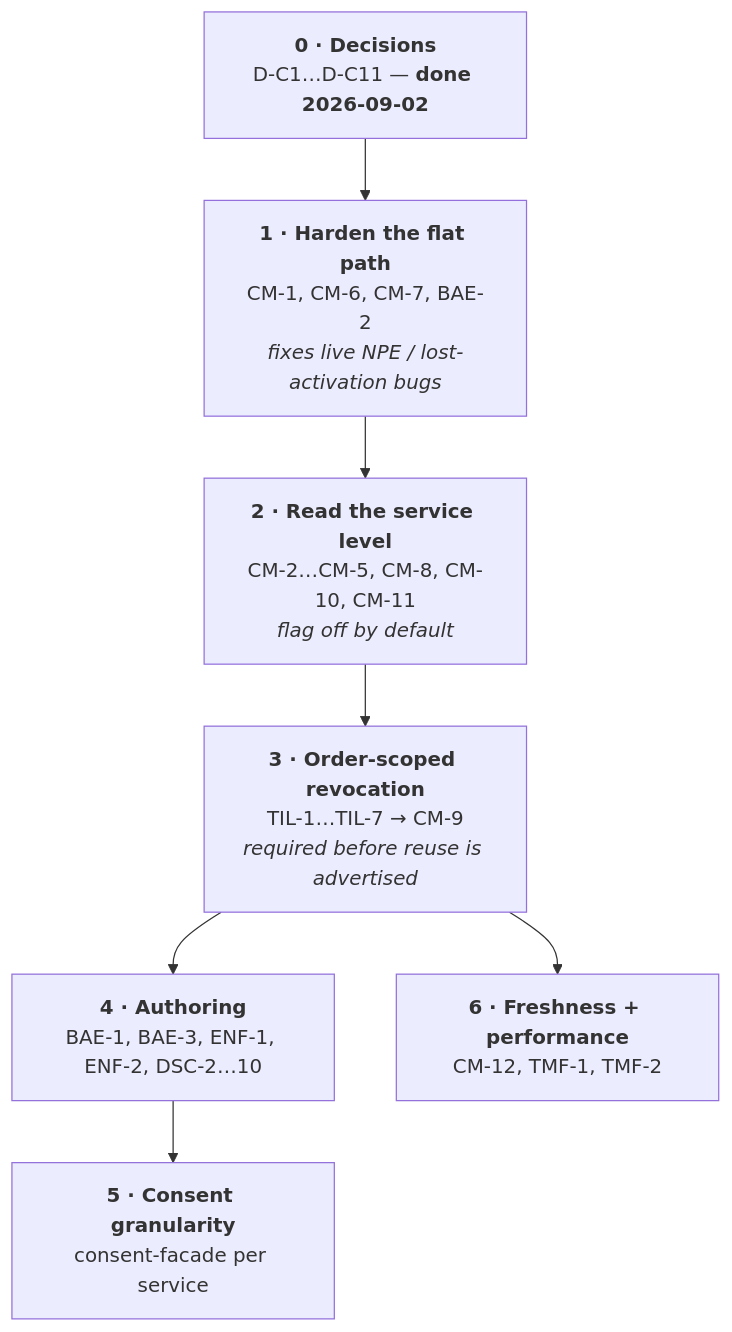
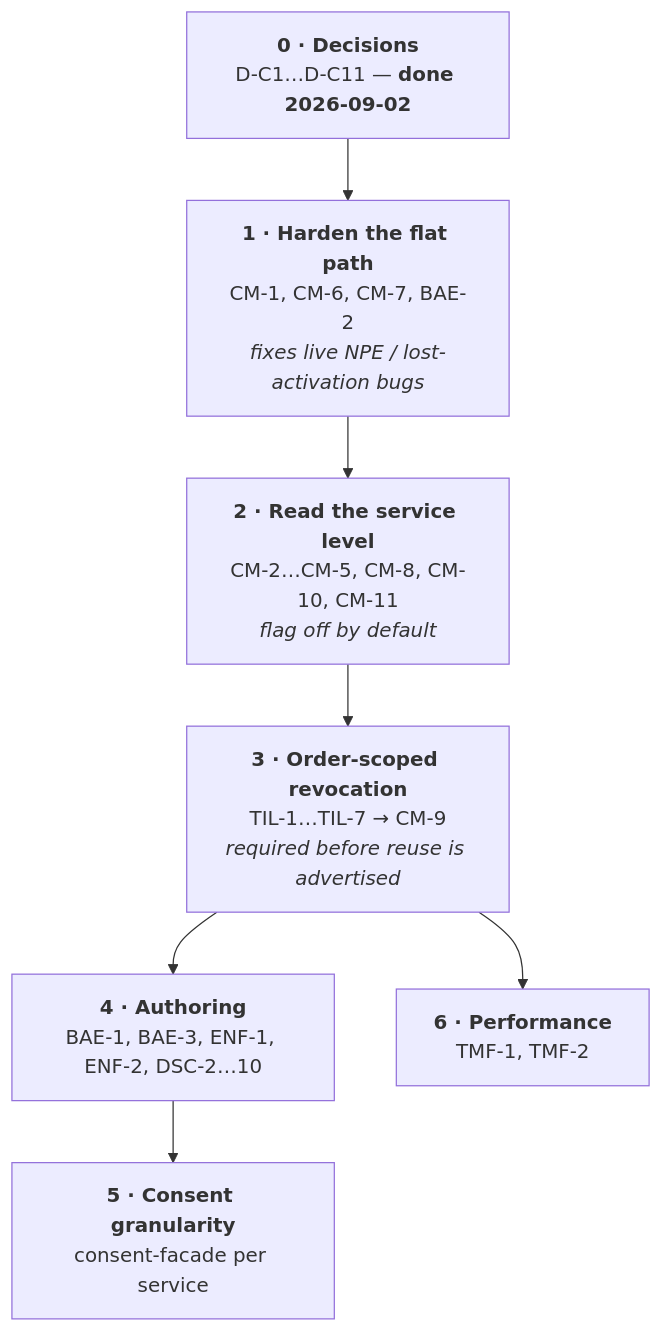
Before and after one commit to FIWARE/data-space-connector: the second of 3 diagrams in doc/tmforum/service-policy.md, drawn with Mermaid. The commit also changed other lines of this file and 1 other file, not shown here.

````diff
--- a/doc/tmforum/service-policy.md
+++ b/doc/tmforum/service-policy.md
@@ -414,12 +415,12 @@
 ```mermaid
 flowchart TB
     P0["<b>0 · Decisions</b><br/>D-C1…D-C11 — <b>done 2026-09-02</b>"]
     P1["<b>1 · Harden the flat path</b><br/>CM-1, CM-6, CM-7, BAE-2<br/><i>fixes live NPE / lost-activation bugs</i>"]
     P2["<b>2 · Read the service level</b><br/>CM-2…CM-5, CM-8, CM-10, CM-11<br/><i>flag off by default</i>"]
     P3["<b>3 · Order-scoped revocation</b><br/>TIL-1…TIL-7 → CM-9<br/><i>required before reuse is advertised</i>"]
     P4["<b>4 · Authoring</b><br/>BAE-1, BAE-3, ENF-1, ENF-2, DSC-2…10"]
     P5["<b>5 · Consent granularity</b><br/>consent-facade per service"]
-    P6["<b>6 · Freshness + performance</b><br/>CM-12, TMF-1, TMF-2"]
+    P6["<b>6 · Performance</b><br/>TMF-1, TMF-2"]
     P0 --> P1 --> P2 --> P3 --> P4 --> P5
     P3 --> P6
 ```
````
